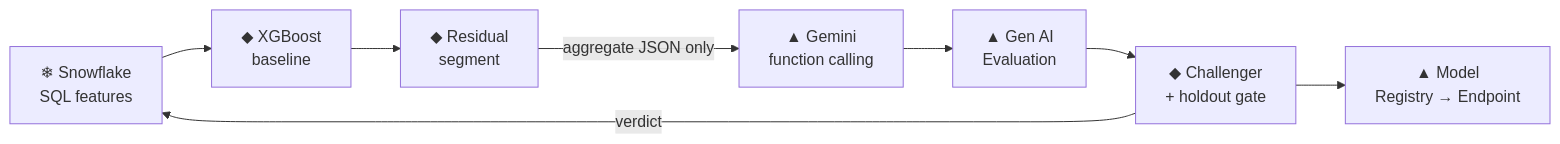
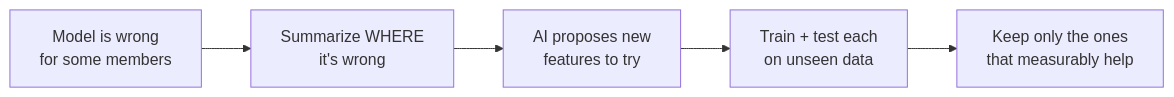
Before and after one commit to sarathi-aiml/carecost-ML-snowflake-gcp-vertex: the diagram in BLOG.md, drawn with Mermaid. The commit also changed other lines of this file, not shown here.

````diff
--- a/BLOG.md
+++ b/BLOG.md
@@ -86,10 +123,7 @@
 ```mermaid
 flowchart LR
-  SF["❄ Snowflake<br/>SQL features"] --> B["◆ XGBoost<br/>baseline"]
-  B --> R["◆ Residual<br/>segment"]
-  R -->|aggregate JSON only| G["▲ Gemini<br/>function calling"]
-  G --> E["▲ Gen AI<br/>Evaluation"]
-  E --> C["◆ Challenger<br/>+ holdout gate"]
-  C --> REG["▲ Model<br/>Registry → Endpoint"]
-  C -->|verdict| SF
+  A["Model is wrong<br/>for some members"] --> B["Summarize WHERE<br/>it's wrong"]
+  B --> C["AI proposes new<br/>features to try"]
+  C --> D["Train + test each<br/>on unseen data"]
+  D --> E["Keep only the ones<br/>that measurably help"]
 ```
````
